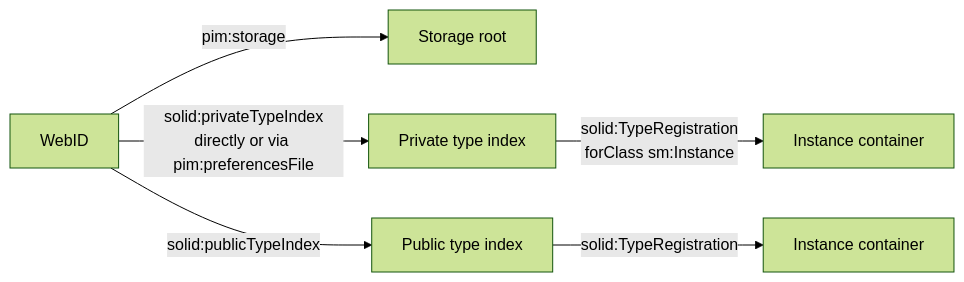
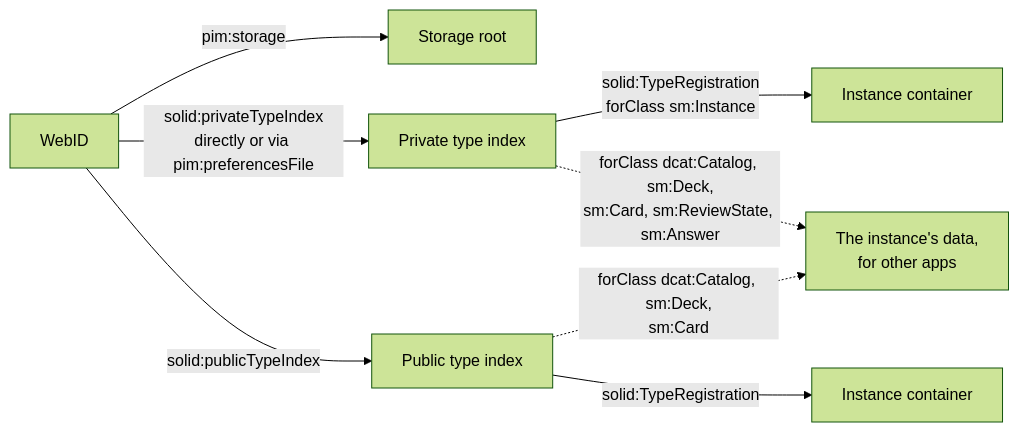
One commit to solid-memo/website changed the second of 4 diagrams in docs/data-model.md. Above: the diagram before and after it, drawn with Mermaid (forest theme). The commit also changed other lines of this file and 26 other files, not shown here.

````diff
--- a/docs/data-model.md
+++ b/docs/data-model.md
@@ -36,8 +36,10 @@
 ```mermaid
 flowchart LR
     W[WebID] -->|pim:storage| S[Storage root]
     W -->|solid:privateTypeIndex<br/>directly or via pim:preferencesFile| PTI[Private type index]
     W -->|solid:publicTypeIndex| PUB[Public type index]
     PTI -->|solid:TypeRegistration<br/>forClass sm:Instance| I1[Instance container]
     PUB -->|solid:TypeRegistration| I2[Instance container]
+    PTI -.->|"forClass dcat:Catalog, sm:Deck,<br/>sm:Card, sm:ReviewState, sm:Answer"| D1[The instance's data,<br/>for other apps]
+    PUB -.->|"forClass dcat:Catalog, sm:Deck,<br/>sm:Card"| D1
 ```
````
